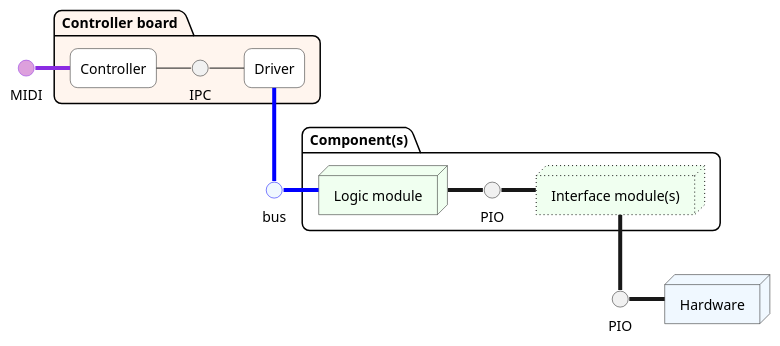
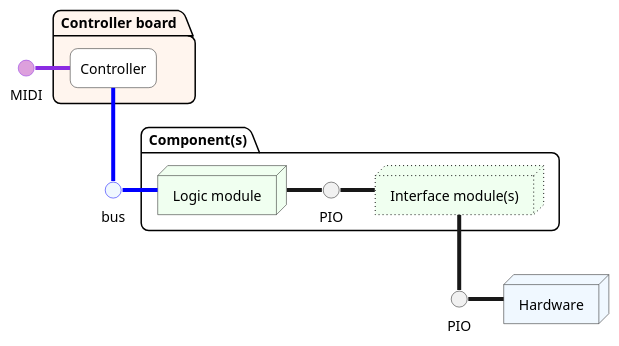
Before and after one commit to marcozaccari/lunatic-midi: the first of 3 diagrams in README.md, drawn with PlantUML.

Commit message:
Updated doc diagram.

````diff
--- a/README.md
+++ b/README.md
@@ -11,36 +11,33 @@
 ```plantuml
 @startuml
     skinparam componentStyle rectangle
     skinparam roundCorner 15
 
     interface MIDI as MIDI #plum;line:blueviolet
 
     package " Controller board  " #seashell {
         [Controller] #white
-        [Driver] #white
 
         MIDI -[#blueviolet;thickness=4] [Controller]
-        [Controller] - IPC
-        IPC - [Driver]
     }
 
     interface "bus" as BUS #aliceblue;line:blue
-    [Driver] -[#blue;thickness=4]- BUS
+    [Controller] -[#blue;thickness=4]- BUS
 
     package " Component(s) " {
         node "Logic module" as LMOD #honeydew 
         node "Interface module(s)" as IMOD #honeydew;line.dotted
         interface "PIO" as PIOM
     
         BUS -[#blue;thickness=4] LMOD
         LMOD -[thickness=4] PIOM
         PIOM -[thickness=4] IMOD
     }
 
     interface "PIO" as PIOH
     IMOD -[thickness=4]- PIOH
 
     node Hardware #aliceblue
     PIOH -[thickness=4] Hardware
 @enduml
 ```
````
